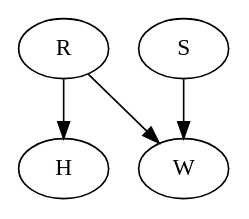
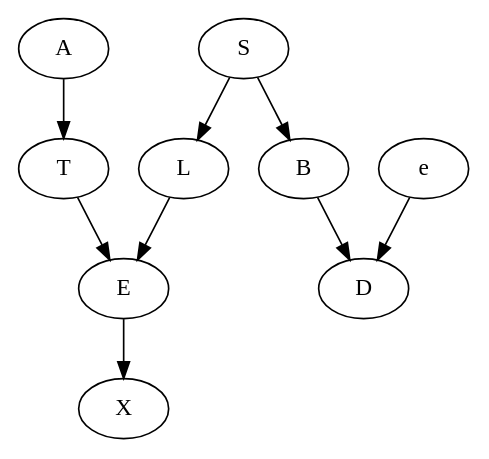
The diagram in projectPDS/associated_tree.dot (AmedeoSarpa/Bayesian_Network_Inference_Engine), drawn with Graphviz before and after one commit. The commit also changed 9 other files, not shown here.

```diff
--- a/projectPDS/associated_tree.dot
+++ b/projectPDS/associated_tree.dot
@@ -1,9 +1,19 @@
 digraph G {
-0[label=R];
+0[label=A];
 1[label=S];
-2[label=H];
-3[label=W];
-0->3 ;
+2[label=T];
+3[label=L];
+4[label=E];
+5[label=B];
+6[label=X];
+7[label=D];
+8[label=e];
 0->2 ;
 1->3 ;
+1->5 ;
+2->4 ;
+3->4 ;
+4->6 ;
+5->7 ;
+8->7 ;
 }
```
